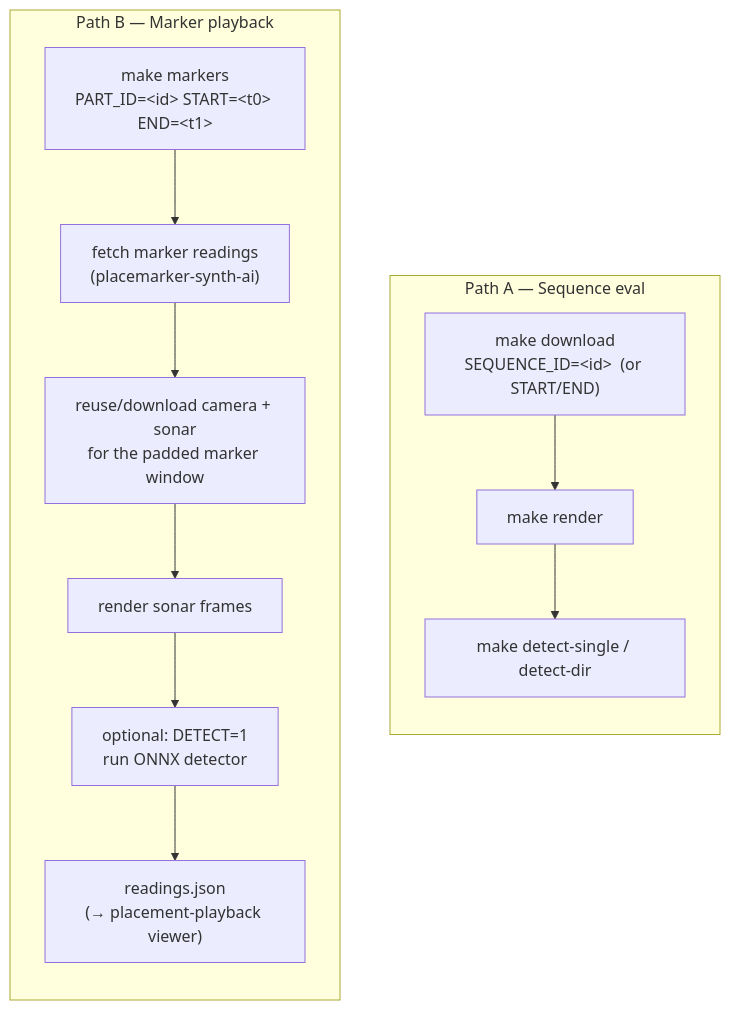
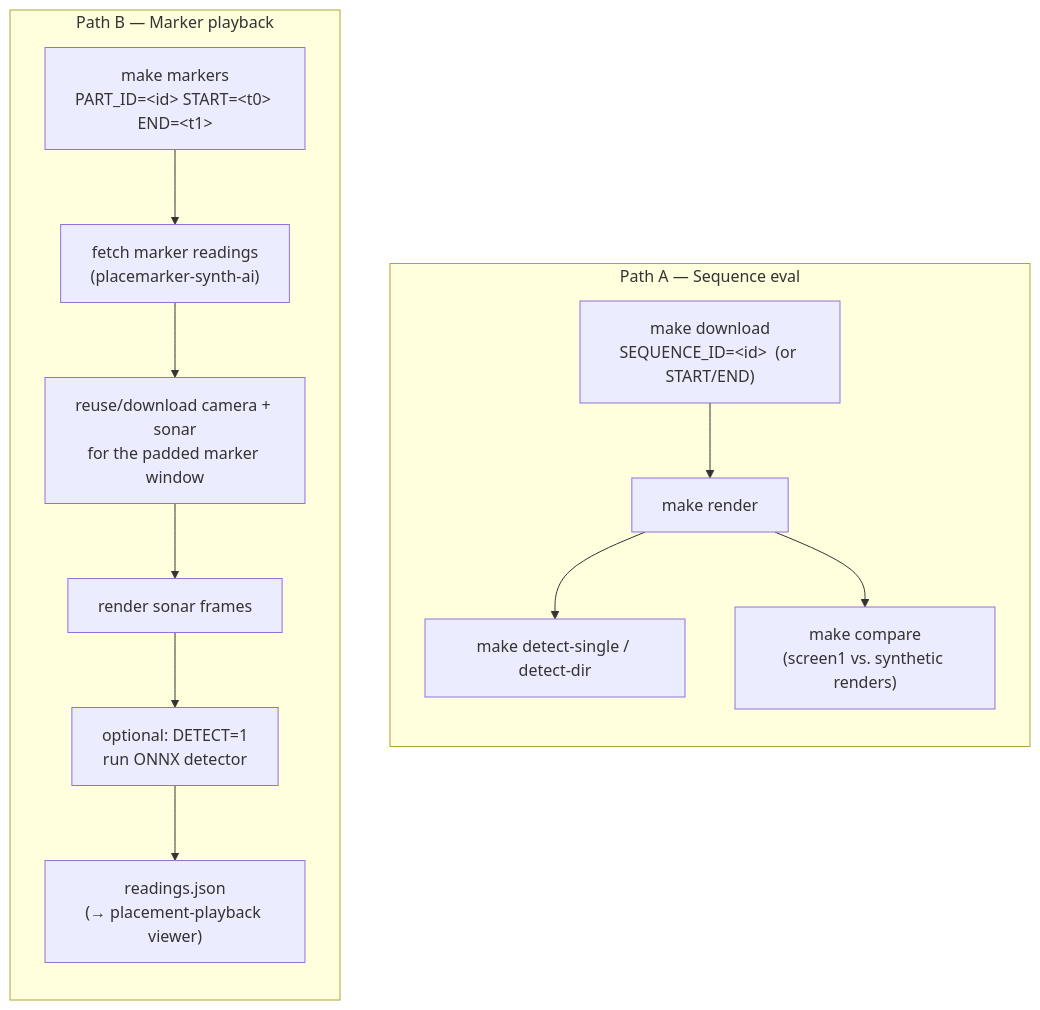
One commit to viam-labs/synthetic-sonar-eval changed the first of 2 diagrams in README.md. Above: the diagram before and after it, drawn with Mermaid. The commit also changed other lines of this file and 2 other files, not shown here.

Commit message:
make one shot command

````diff
--- a/README.md
+++ b/README.md
@@ -13,21 +14,23 @@
 ```mermaid
 flowchart TB
     subgraph pathA["Path A — Sequence eval"]
         direction TB
         A1["make download\nSEQUENCE_ID=&lt;id&gt;  (or START/END)"]
         A2["make render"]
         A3["make detect-single / detect-dir"]
+        A4["make compare\n(screen1 vs. synthetic renders)"]
         A1 --> A2 --> A3
+        A2 --> A4
     end
 
     subgraph pathB["Path B — Marker playback"]
         direction TB
         B1["make markers\nPART_ID=&lt;id&gt; START=&lt;t0&gt; END=&lt;t1&gt;"]
         B2["fetch marker readings\n(placemarker-synth-ai)"]
         B3["reuse/download camera + sonar\nfor the padded marker window"]
         B4["render sonar frames"]
         B5["optional: DETECT=1\nrun ONNX detector"]
         B6["readings.json\n(→ placement-playback viewer)"]
         B1 --> B2 --> B3 --> B4 --> B5 --> B6
     end
 ```
````
